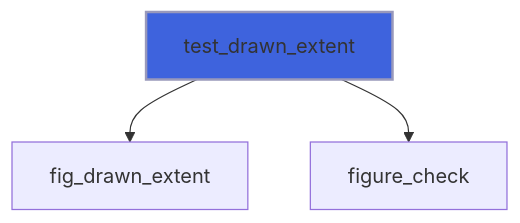
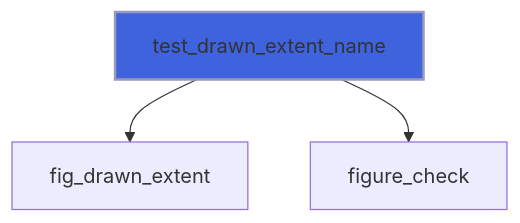
Before and after one commit to szaghi/figure: the ninth of 28 diagrams in docs/api/src/lib/figure_testing.md, drawn with Mermaid. The commit also changed other lines of this file and 10 other files, not shown here.

````diff
--- a/docs/api/src/lib/figure_testing.md
+++ b/docs/api/src/lib/figure_testing.md
@@ -281,6 +293,6 @@
 ```mermaid
 flowchart TD
-  test_drawn_extent["test_drawn_extent"] --> fig_drawn_extent["fig_drawn_extent"]
-  test_drawn_extent["test_drawn_extent"] --> figure_check["figure_check"]
-  style test_drawn_extent fill:#3e63dd,stroke:#99b,stroke-width:2px
+  test_drawn_extent_name["test_drawn_extent_name"] --> fig_drawn_extent["fig_drawn_extent"]
+  test_drawn_extent_name["test_drawn_extent_name"] --> figure_check["figure_check"]
+  style test_drawn_extent_name fill:#3e63dd,stroke:#99b,stroke-width:2px
 ```
````
